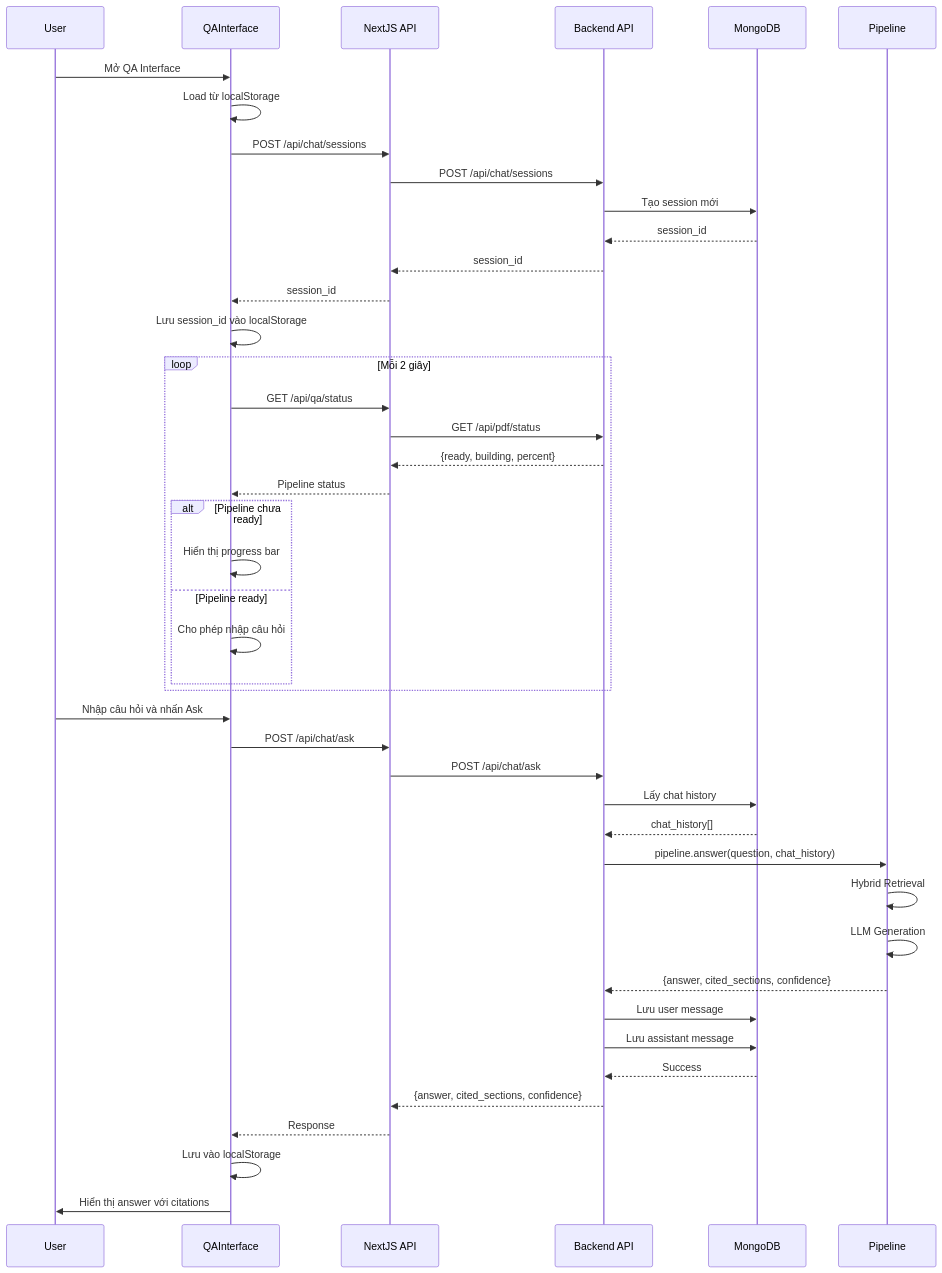
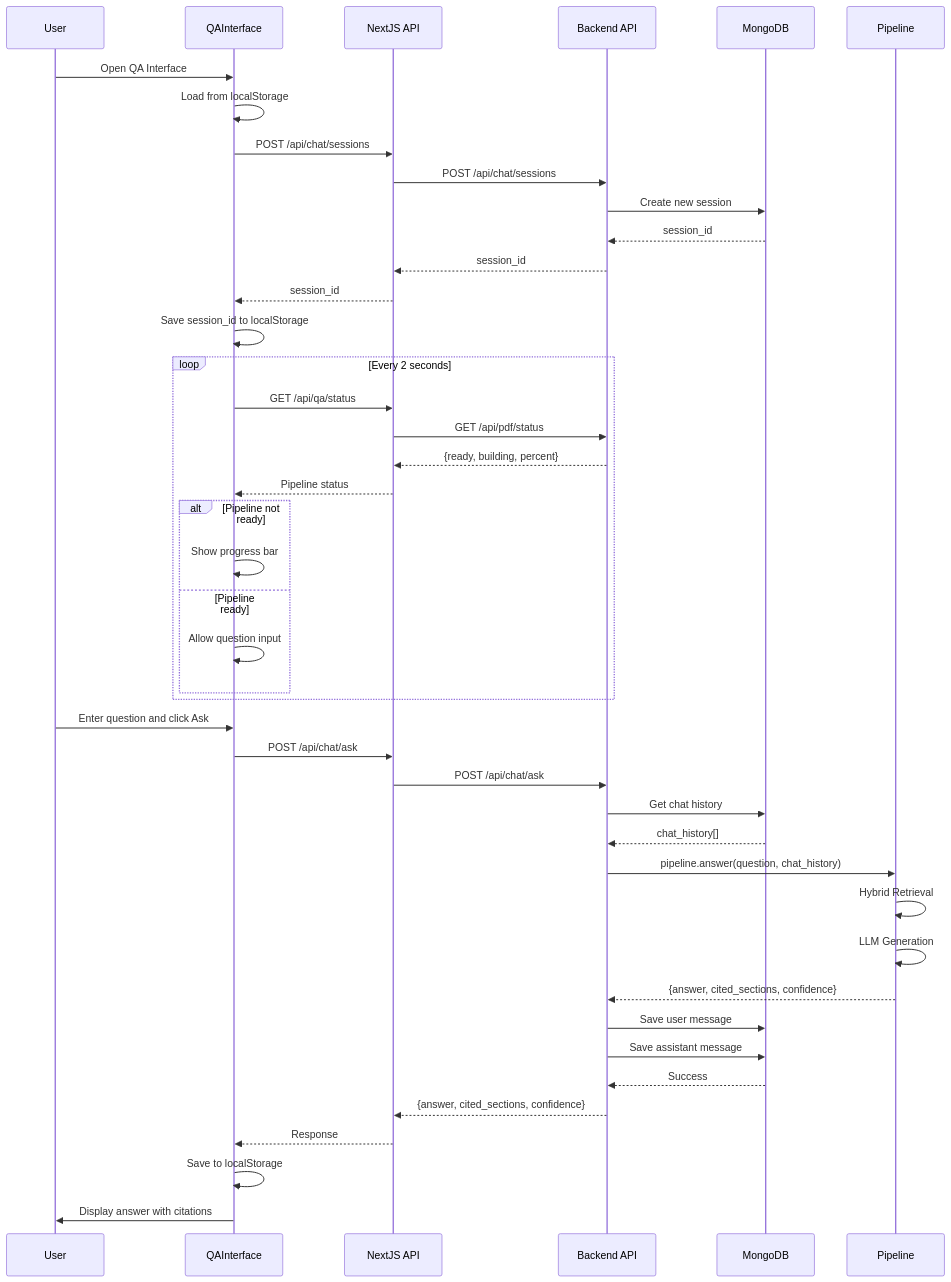
The fourth of 4 diagrams in README.md (thailevann/scholar-pdf-annotations), drawn with Mermaid before and after one commit. The commit also changed other lines of this file, not shown here.

````diff
--- a/README.md
+++ b/README.md
@@ -332,52 +332,52 @@
 ```mermaid
 sequenceDiagram
     participant User
     participant QAInterface
     participant NextJS API
     participant Backend API
     participant MongoDB
     participant Pipeline
     
-    User->>QAInterface: Mở QA Interface
-    QAInterface->>QAInterface: Load từ localStorage
+    User->>QAInterface: Open QA Interface
+    QAInterface->>QAInterface: Load from localStorage
     QAInterface->>NextJS API: POST /api/chat/sessions
     NextJS API->>Backend API: POST /api/chat/sessions
-    Backend API->>MongoDB: Tạo session mới
+    Backend API->>MongoDB: Create new session
     MongoDB-->>Backend API: session_id
     Backend API-->>NextJS API: session_id
     NextJS API-->>QAInterface: session_id
-    QAInterface->>QAInterface: Lưu session_id vào localStorage
+    QAInterface->>QAInterface: Save session_id to localStorage
     
-    loop Mỗi 2 giây
+    loop Every 2 seconds
         QAInterface->>NextJS API: GET /api/qa/status
         NextJS API->>Backend API: GET /api/pdf/status
         Backend API-->>NextJS API: {ready, building, percent}
         NextJS API-->>QAInterface: Pipeline status
-        alt Pipeline chưa ready
-            QAInterface->>QAInterface: Hiển thị progress bar
+        alt Pipeline not ready
+            QAInterface->>QAInterface: Show progress bar
         else Pipeline ready
-            QAInterface->>QAInterface: Cho phép nhập câu hỏi
+            QAInterface->>QAInterface: Allow question input
         end
     end
     
-    User->>QAInterface: Nhập câu hỏi và nhấn Ask
+    User->>QAInterface: Enter question and click Ask
     QAInterface->>NextJS API: POST /api/chat/ask
     NextJS API->>Backend API: POST /api/chat/ask
     
-    Backend API->>MongoDB: Lấy chat history
+    Backend API->>MongoDB: Get chat history
     MongoDB-->>Backend API: chat_history[]
     
     Backend API->>Pipeline: pipeline.answer(question, chat_history)
     Pipeline->>Pipeline: Hybrid Retrieval
     Pipeline->>Pipeline: LLM Generation
     Pipeline-->>Backend API: {answer, cited_sections, confidence}
     
-    Backend API->>MongoDB: Lưu user message
-    Backend API->>MongoDB: Lưu assistant message
+    Backend API->>MongoDB: Save user message
+    Backend API->>MongoDB: Save assistant message
     MongoDB-->>Backend API: Success
     
     Backend API-->>NextJS API: {answer, cited_sections, confidence}
     NextJS API-->>QAInterface: Response
-    QAInterface->>QAInterface: Lưu vào localStorage
-    QAInterface->>User: Hiển thị answer với citations
+    QAInterface->>QAInterface: Save to localStorage
+    QAInterface->>User: Display answer with citations
 ```
````
